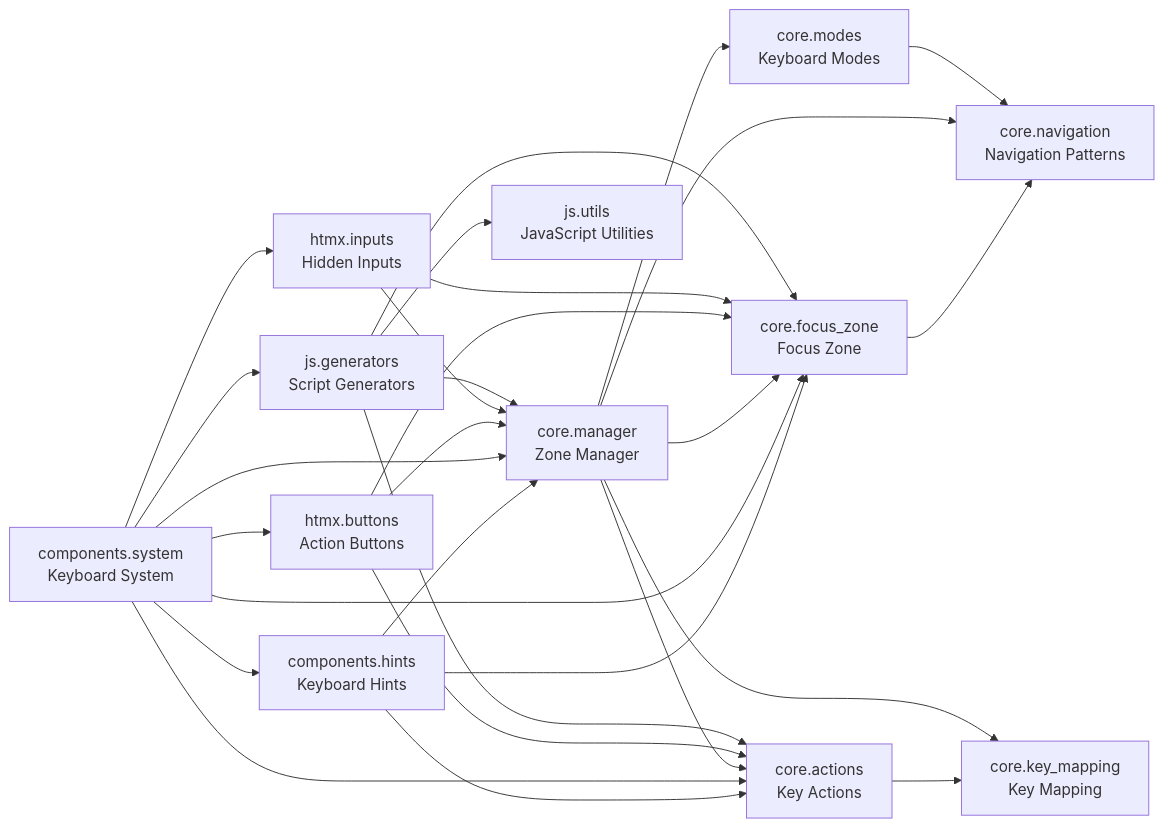
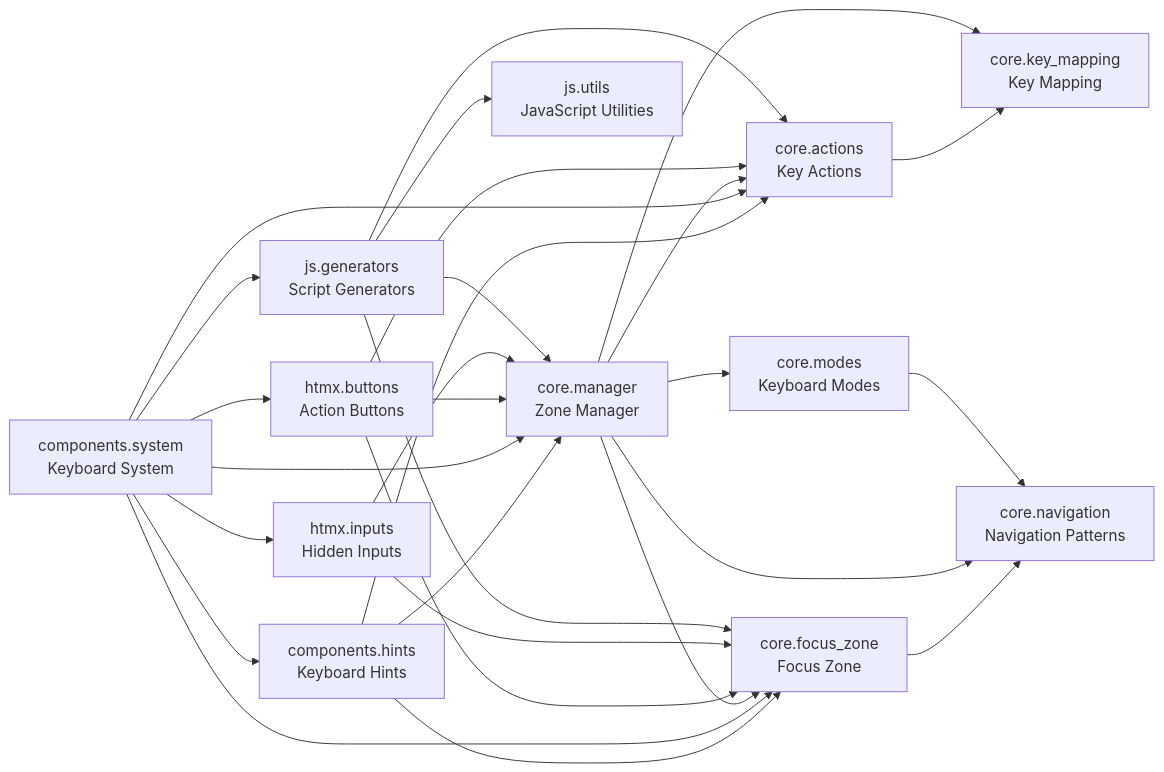
Before and after one commit to cj-mills/cjm-fasthtml-keyboard-navigation: the diagram in README.md, drawn with Mermaid. The commit also changed other lines of this file and 3 other files, not shown here.

````diff
--- a/README.md
+++ b/README.md
@@ -36,43 +36,43 @@
 ``` mermaid
 graph LR
     components_hints[components.hints<br/>Keyboard Hints]
     components_system[components.system<br/>Keyboard System]
     core_actions[core.actions<br/>Key Actions]
     core_focus_zone[core.focus_zone<br/>Focus Zone]
     core_key_mapping[core.key_mapping<br/>Key Mapping]
     core_manager[core.manager<br/>Zone Manager]
     core_modes[core.modes<br/>Keyboard Modes]
     core_navigation[core.navigation<br/>Navigation Patterns]
     htmx_buttons[htmx.buttons<br/>Action Buttons]
     htmx_inputs[htmx.inputs<br/>Hidden Inputs]
     js_generators[js.generators<br/>Script Generators]
     js_utils[js.utils<br/>JavaScript Utilities]
 
+    components_hints --> core_actions
     components_hints --> core_manager
-    components_hints --> core_actions
     components_hints --> core_focus_zone
-    components_system --> core_focus_zone
+    components_system --> htmx_inputs
     components_system --> components_hints
     components_system --> htmx_buttons
-    components_system --> htmx_inputs
+    components_system --> core_focus_zone
+    components_system --> core_actions
+    components_system --> core_manager
     components_system --> js_generators
-    components_system --> core_manager
-    components_system --> core_actions
     core_actions --> core_key_mapping
     core_focus_zone --> core_navigation
-    core_manager --> core_modes
     core_manager --> core_key_mapping
     core_manager --> core_navigation
+    core_manager --> core_modes
     core_manager --> core_focus_zone
     core_manager --> core_actions
     core_modes --> core_navigation
     htmx_buttons --> core_focus_zone
+    htmx_buttons --> core_actions
     htmx_buttons --> core_manager
-    htmx_buttons --> core_actions
+    htmx_inputs --> core_focus_zone
     htmx_inputs --> core_manager
-    htmx_inputs --> core_focus_zone
+    js_generators --> js_utils
     js_generators --> core_focus_zone
-    js_generators --> js_utils
+    js_generators --> core_actions
     js_generators --> core_manager
-    js_generators --> core_actions
 ```
````
